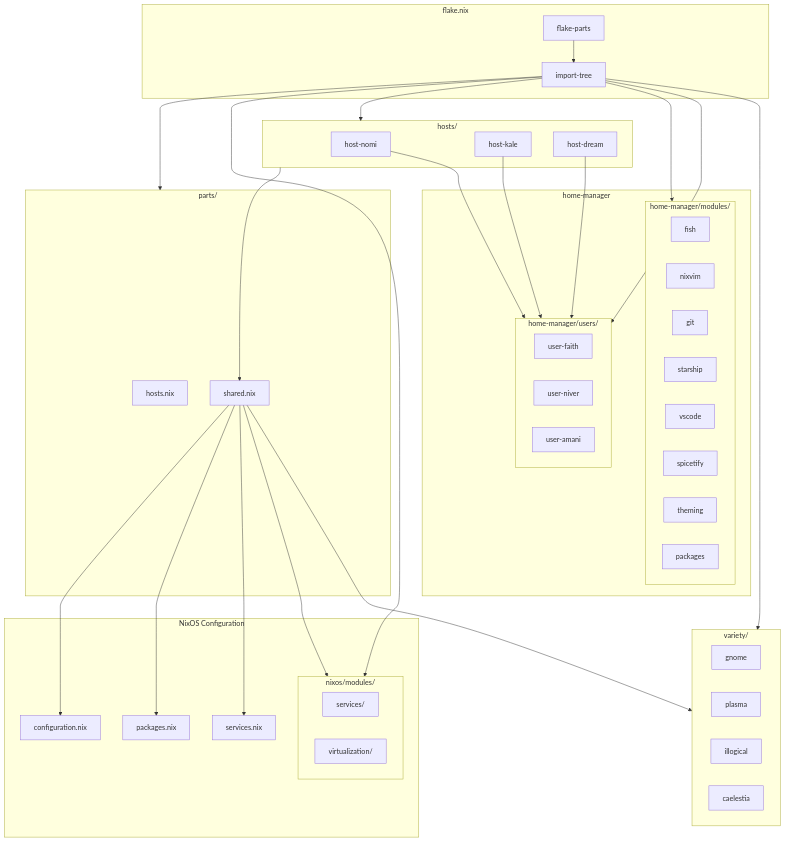
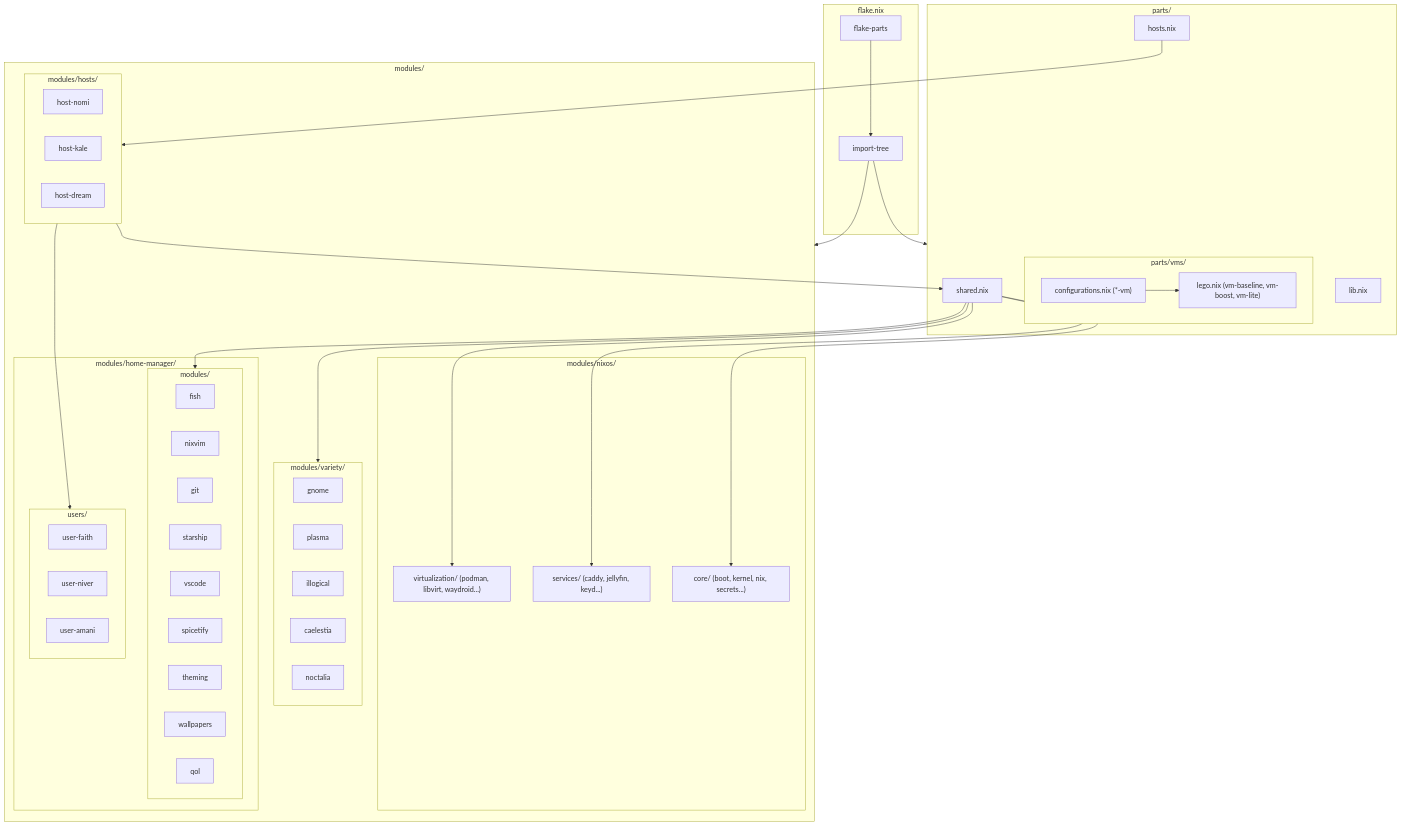
Before and after one commit to niversesu/infra: the first of 2 diagrams in README.md, drawn with Mermaid. The commit also changed other lines of this file, not shown here.

Commit message:
docs: update README.md with accurate layout, stats, and modules

````diff
--- a/README.md
+++ b/README.md
@@ -69,73 +83,73 @@
 ```mermaid
 flowchart TB
     subgraph flake["flake.nix"]
         fp["flake-parts"]
         it["import-tree"]
     end
 
     subgraph parts["parts/"]
         hosts["hosts.nix"]
         shared["shared.nix"]
+        lib["lib.nix"]
+        subgraph vms["parts/vms/"]
+            vmlego["lego.nix (vm-baseline, vm-boost, vm-lite)"]
+            vmconfigs["configurations.nix (*-vm)"]
+        end
     end
 
-    subgraph nixos["NixOS Configuration"]
-        subgraph nixos-modules["nixos/modules/"]
-            sm["services/"]
-            vm["virtualization/"]
+    subgraph modules["modules/"]
+        subgraph hosts_dir["modules/hosts/"]
+            nomi["host-nomi"]
+            kale["host-kale"]
+            dream["host-dream"]
         end
-        config["configuration.nix"]
-        pkgs["packages.nix"]
-        svc["services.nix"]
-    end
 
-    subgraph hosts_dir["hosts/"]
-        nomi["host-nomi"]
-        kale["host-kale"]
-        dream["host-dream"]
-    end
+        subgraph nixos["modules/nixos/"]
+            core["core/ (boot, kernel, nix, secrets...)"]
+            services["services/ (caddy, jellyfin, keyd...)"]
+            virt["virtualization/ (podman, libvirt, waydroid...)"]
+        end
 
-    subgraph variety["variety/"]
-        gnome["gnome"]
-        plasma["plasma"]
-        illogical["illogical"]
-        caelestia["caelestia"]
-    end
+        subgraph variety["modules/variety/"]
+            gnome["gnome"]
+            plasma["plasma"]
+            illogical["illogical"]
+            caelestia["caelestia"]
+            noctalia["noctalia"]
+        end
 
-    subgraph hm["home-manager"]
-        subgraph hm-modules["home-manager/modules/"]
-            fish["fish"]
-            nixvim["nixvim"]
-            git["git"]
-            starship["starship"]
-            vscode["vscode"]
-            spicetify["spicetify"]
-            theming["theming"]
-            packages["packages"]
-        end
-        subgraph hm-users["home-manager/users/"]
-            faith["user-faith"]
-            niver["user-niver"]
-            amani["user-amani"]
+        subgraph hm["modules/home-manager/"]
+            subgraph hm-modules["modules/"]
+                fish["fish"]
+                nixvim["nixvim"]
+                git["git"]
+                starship["starship"]
+                vscode["vscode"]
+                spicetify["spicetify"]
+                theming["theming"]
+                wallpapers["wallpapers"]
+                qol["qol"]
+            end
+            subgraph hm-users["users/"]
+                faith["user-faith"]
+                niver["user-niver"]
+                amani["user-amani"]
+            end
         end
     end
 
     fp --> it
     it --> parts
-    it --> nixos-modules
-    it --> hosts_dir
-    it --> hm-modules
-    it --> hm-users
-    it --> variety
+    it --> modules
 
-    shared --> nixos-modules
-    shared --> config
-    shared --> pkgs
-    shared --> svc
+    shared --> core
+    shared --> services
+    shared --> virt
     shared --> variety
+    shared --> hm-modules
 
+    hosts --> hosts_dir
     hosts_dir --> shared
-
-    nomi --> hm-users
-    kale --> hm-users
-    dream --> hm-users
+    hosts_dir --> hm-users
+    vmconfigs --> vmlego
 ```
````
